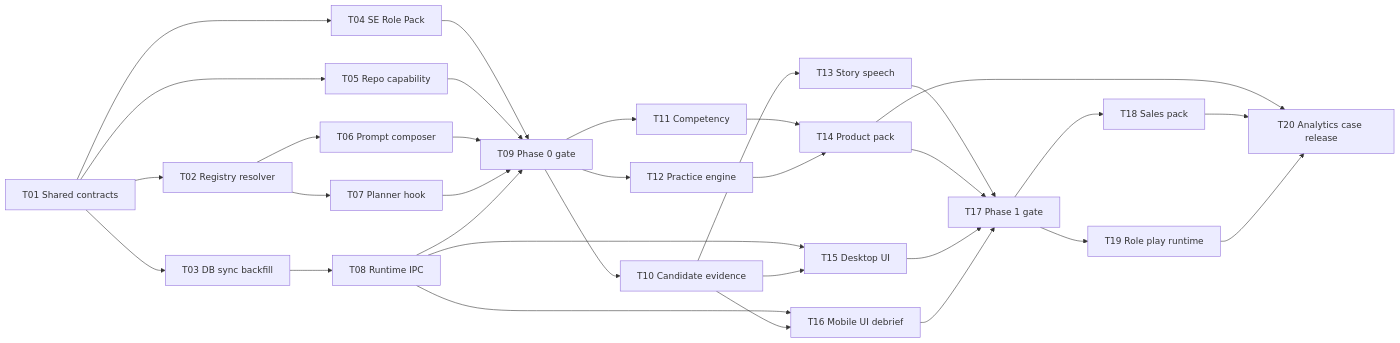
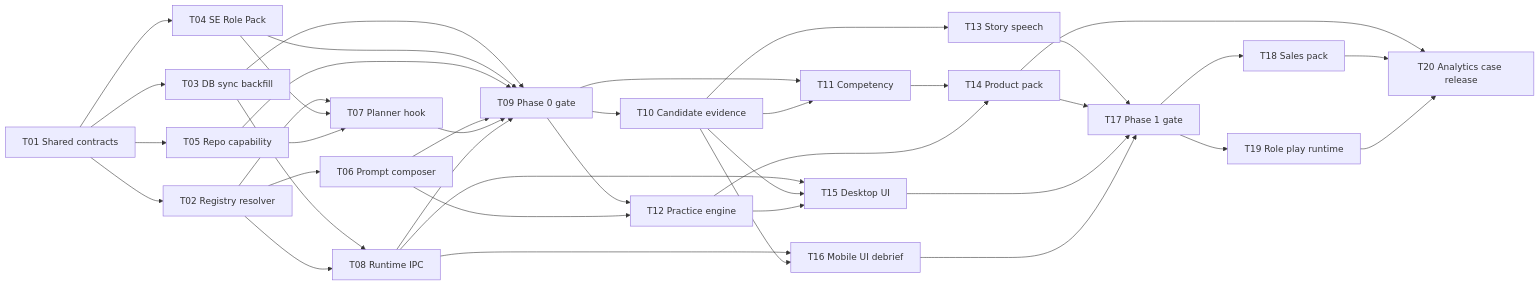
The diagram in docs/GENERAL_INTERVIEW_AGENT_IMPLEMENTATION_PLAN.md (ivanzwb/openjob), drawn with Mermaid before and after one commit.

Commit message:
docs: align v1 task dependency graph

````diff
--- a/docs/GENERAL_INTERVIEW_AGENT_IMPLEMENTATION_PLAN.md
+++ b/docs/GENERAL_INTERVIEW_AGENT_IMPLEMENTATION_PLAN.md
@@ -57,34 +57,41 @@
 ```mermaid
 flowchart LR
     T01["T01 Shared contracts"] --> T02["T02 Registry resolver"]
     T01 --> T03["T03 DB sync backfill"]
     T01 --> T04["T04 SE Role Pack"]
     T01 --> T05["T05 Repo capability"]
     T02 --> T06["T06 Prompt composer"]
     T02 --> T07["T07 Planner hook"]
+    T04 --> T07
+    T05 --> T07
     T03 --> T08["T08 Runtime IPC"]
+    T02 --> T08
+    T03 --> T09["T09 Phase 0 gate"]
     T04 --> T09["T09 Phase 0 gate"]
     T05 --> T09
     T06 --> T09
     T07 --> T09
     T08 --> T09
     T09 --> T10["T10 Candidate evidence"]
     T09 --> T11["T11 Competency"]
+    T10 --> T11
     T09 --> T12["T12 Practice engine"]
+    T06 --> T12
     T10 --> T13["T13 Story speech"]
     T11 --> T14["T14 Product pack"]
     T12 --> T14
     T08 --> T15["T15 Desktop UI"]
     T10 --> T15
+    T12 --> T15
     T08 --> T16["T16 Mobile UI debrief"]
     T10 --> T16
     T13 --> T17["T17 Phase 1 gate"]
     T14 --> T17
     T15 --> T17
     T16 --> T17
     T17 --> T18["T18 Sales pack"]
     T17 --> T19["T19 Role play runtime"]
     T14 --> T20["T20 Analytics case release"]
     T18 --> T20
     T19 --> T20
 ```
````
